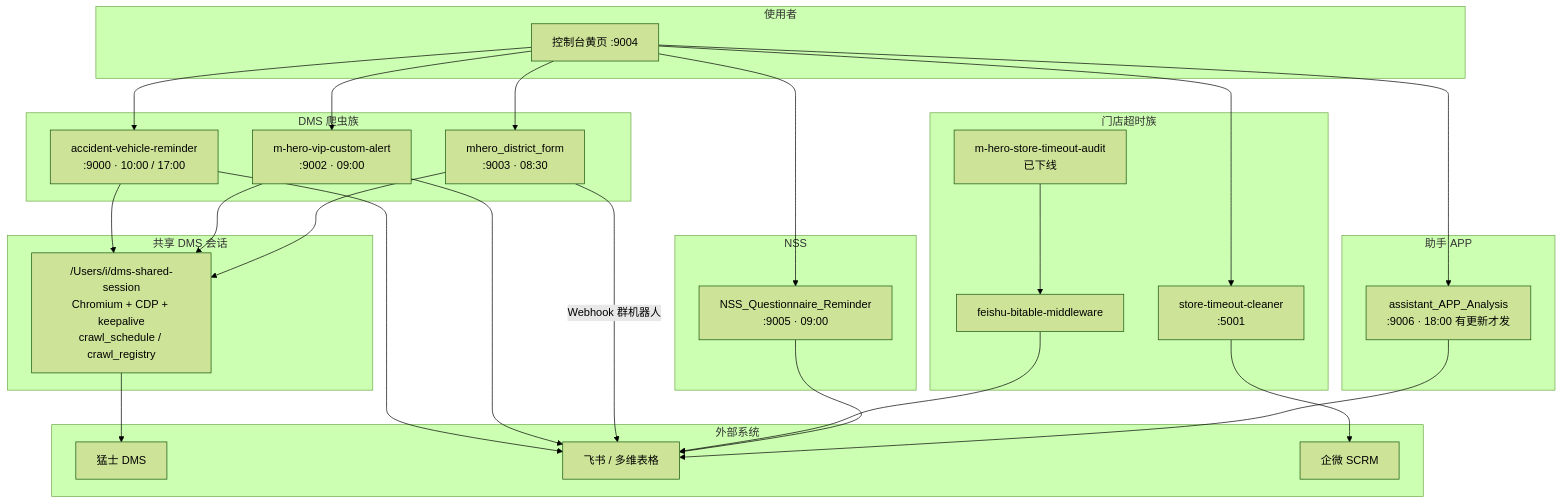
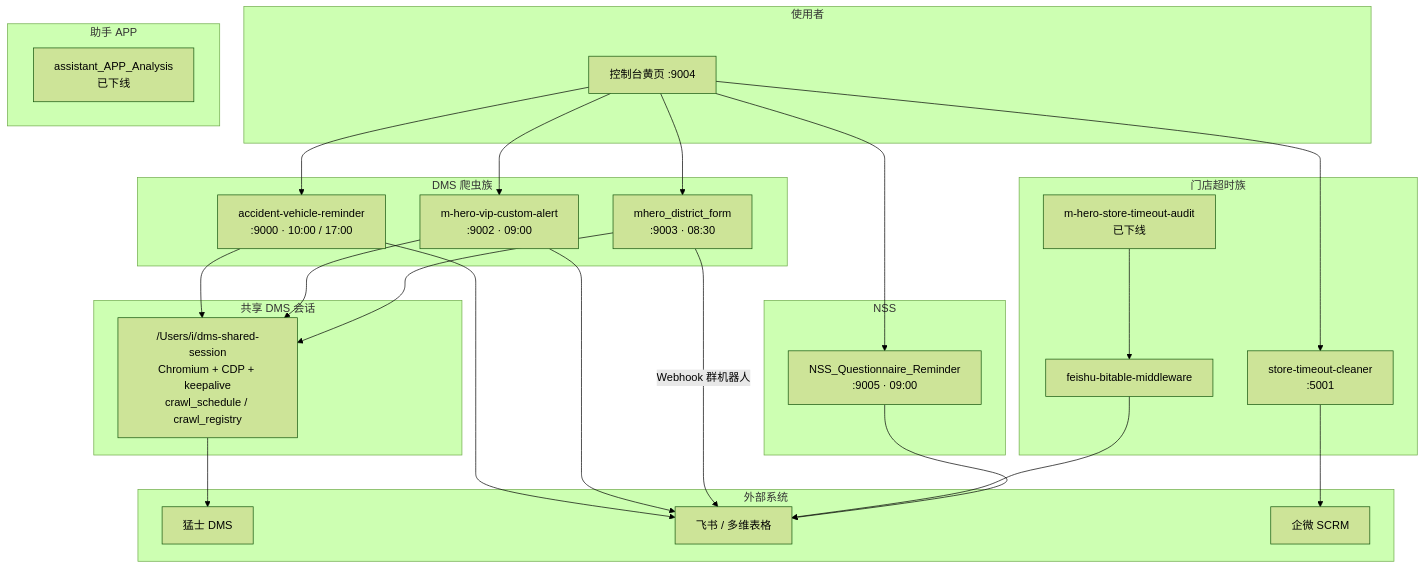
Before and after one commit to kaisonlau8/m-hero: the diagram in README.md, drawn with Mermaid (forest theme). The commit also changed other lines of this file and 40 other files, not shown here.

````diff
--- a/README.md
+++ b/README.md
@@ -49,46 +48,45 @@
 ```mermaid
 flowchart TB
   subgraph users [使用者]
     OA[控制台黄页 :9004]
   end
 
   subgraph dms_shared [共享 DMS 会话]
     SES["/Users/i/dms-shared-session\nChromium + CDP + keepalive\ncrawl_schedule / crawl_registry"]
   end
 
   subgraph crawlers [DMS 爬虫族]
     ACC[accident-vehicle-reminder\n:9000 · 10:00 / 17:00]
     VIP[m-hero-vip-custom-alert\n:9002 · 09:00]
     DIST[mhero_district_form\n:9003 · 08:30]
   end
 
   subgraph timeout [门店超时族]
     AUDIT[m-hero-store-timeout-audit\n已下线]
     CLEAN[store-timeout-cleaner\n:5001]
     MID[feishu-bitable-middleware]
   end
 
   subgraph nss [NSS]
     NSS[NSS_Questionnaire_Reminder\n:9005 · 09:00]
   end
 
   subgraph appinstall [助手 APP]
-    APP[assistant_APP_Analysis\n:9006 · 18:00 有更新才发]
+    APP[assistant_APP_Analysis\n已下线]
   end
 
   subgraph external [外部系统]
     DMS[猛士 DMS]
     FS[飞书 / 多维表格]
     SCRM[企微 SCRM]
   end
 
-  OA --> ACC & VIP & DIST & CLEAN & NSS & APP
+  OA --> ACC & VIP & DIST & CLEAN & NSS
   ACC & VIP & DIST --> SES
   SES --> DMS
   ACC & VIP --> FS
   DIST -->|Webhook 群机器人| FS
   AUDIT --> MID --> FS
   CLEAN --> SCRM
   NSS --> FS
-  APP --> FS
 ```
````
